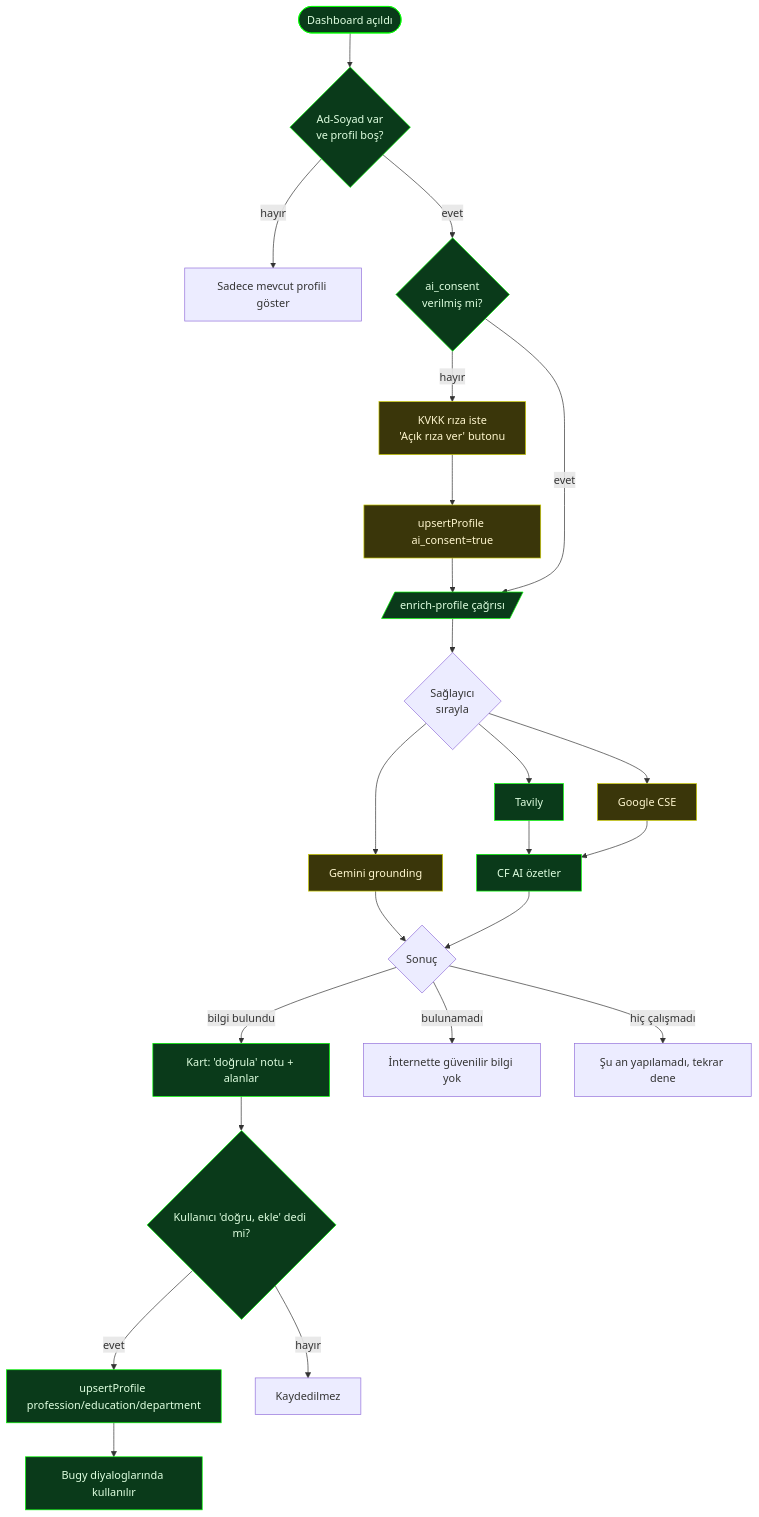
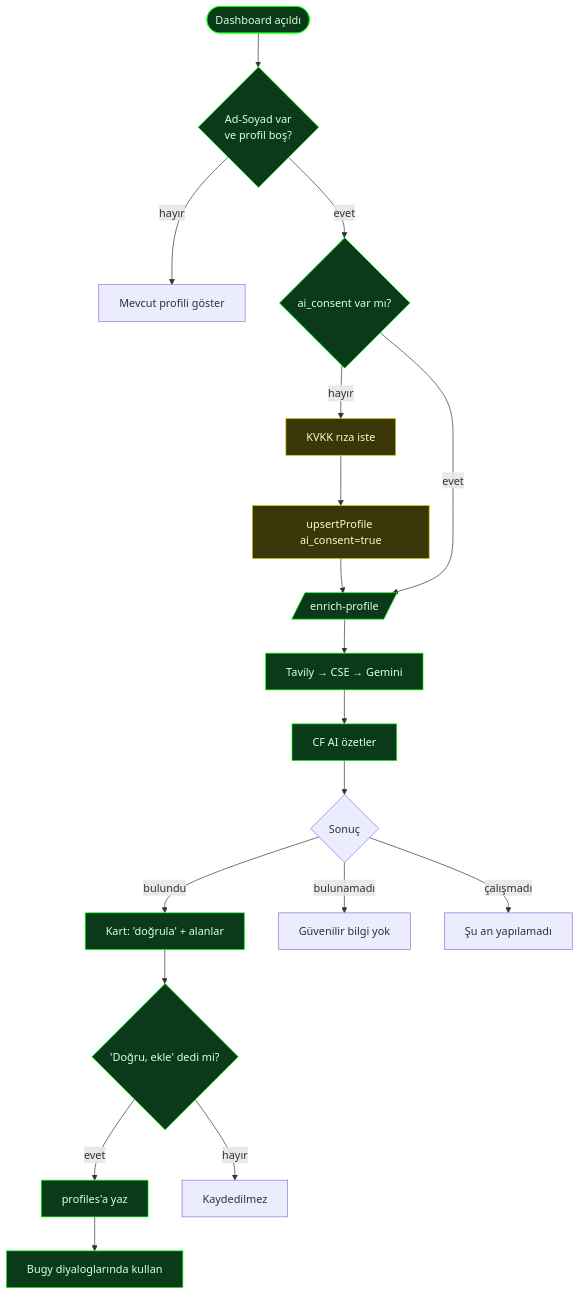
Before and after one commit to ErsinBinal/ErsinBinal.github.io: the sixth of 6 diagrams in docs/architecture/README.md, drawn with Mermaid. The commit also changed other lines of this file, not shown here.

First line of the commit message:
docs(arch): tam site haritasi (gruplu sayfalar, veri katmani, bugy, envanter)

````diff
--- a/docs/architecture/README.md
+++ b/docs/architecture/README.md
@@ -88,31 +248,29 @@
 ```mermaid
 flowchart TD
   start([Dashboard açıldı]) --> hasName{Ad-Soyad var\nve profil boş?}
-  hasName -- hayır --> done1[Sadece mevcut profili göster]
-  hasName -- evet --> consent{ai_consent\nverilmiş mi?}
+  hasName -- hayır --> done1[Mevcut profili göster]
+  hasName -- evet --> consent{ai_consent var mı?}
 
-  consent -- hayır --> ask[KVKK rıza iste\n'Açık rıza ver' butonu]
+  consent -- hayır --> ask[KVKK rıza iste]
   ask --> grant[upsertProfile ai_consent=true]
   grant --> run
+  consent -- evet --> run[/enrich-profile/]
 
-  consent -- evet --> run[/enrich-profile çağrısı/]
-  run --> prov{Sağlayıcı\nsırayla}
-  prov --> tavily[Tavily] --> sum[CF AI özetler]
-  prov --> cse[Google CSE] --> sum
-  prov --> gem[Gemini grounding] --> res
+  run --> prov[Tavily → CSE → Gemini]
+  prov --> sum[CF AI özetler]
   sum --> res{Sonuç}
 
-  res -- bilgi bulundu --> card[Kart: 'doğrula' notu + alanlar]
-  res -- bulunamadı --> none[İnternette güvenilir bilgi yok]
-  res -- hiç çalışmadı --> unavail[Şu an yapılamadı, tekrar dene]
+  res -- bulundu --> card[Kart: 'doğrula' + alanlar]
+  res -- bulunamadı --> none[Güvenilir bilgi yok]
+  res -- çalışmadı --> unavail[Şu an yapılamadı]
 
-  card --> confirm{Kullanıcı 'doğru, ekle' dedi mi?}
-  confirm -- evet --> save[upsertProfile profession/education/department]
-  save --> bugyUse[Bugy diyaloglarında kullanılır]
+  card --> confirm{'Doğru, ekle' dedi mi?}
+  confirm -- evet --> save[profiles'a yaz]
+  save --> bugyUse[Bugy diyaloglarında kullan]
   confirm -- hayır --> dismiss[Kaydedilmez]
 
-  class start,hasName,consent,run,tavily,sum,card,confirm,save,bugyUse done
-  class cse,gem,ask,grant partial
   classDef done fill:#0a3a1a,stroke:#0f0,color:#dfffe0
   classDef partial fill:#3a360a,stroke:#cc0,color:#fff7cf
+  class start,hasName,consent,run,prov,sum,card,confirm,save,bugyUse done
+  class ask,grant partial
 ```
````
